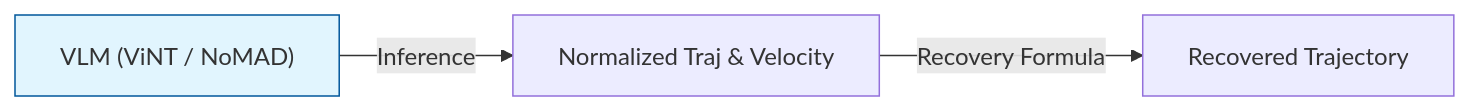
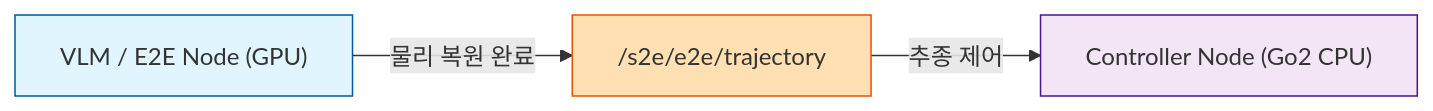
The fourth of 4 diagrams in README.md (CGV-HGU/go2_ws), drawn with Mermaid before and after one commit. The commit also changed other lines of this file, not shown here.

Commit message:
docs: clarify workspace dual-track purpose and trajectory recovery in README

````diff
--- a/README.md
+++ b/README.md
@@ -87,5 +97,7 @@
 ```mermaid
 graph LR
-    VLM["VLM (ViNT / NoMAD)"] -->|Inference| Raw["Normalized Traj & Velocity"] -->|Recovery Formula| Phys["Recovered Trajectory"]
+    VLM["VLM / E2E Node (GPU)"] -->|물리 복원 완료| Traj["/s2e/e2e/trajectory"] -->|추종 제어| Controller["Controller Node (Go2 CPU)"]
     style VLM fill:#e1f5fe,stroke:#01579b,stroke-width:1px
+    style Traj fill:#ffe0b2,stroke:#e65100,stroke-width:1px
+    style Controller fill:#f3e5f5,stroke:#4a148c,stroke-width:1px
 ```
````
